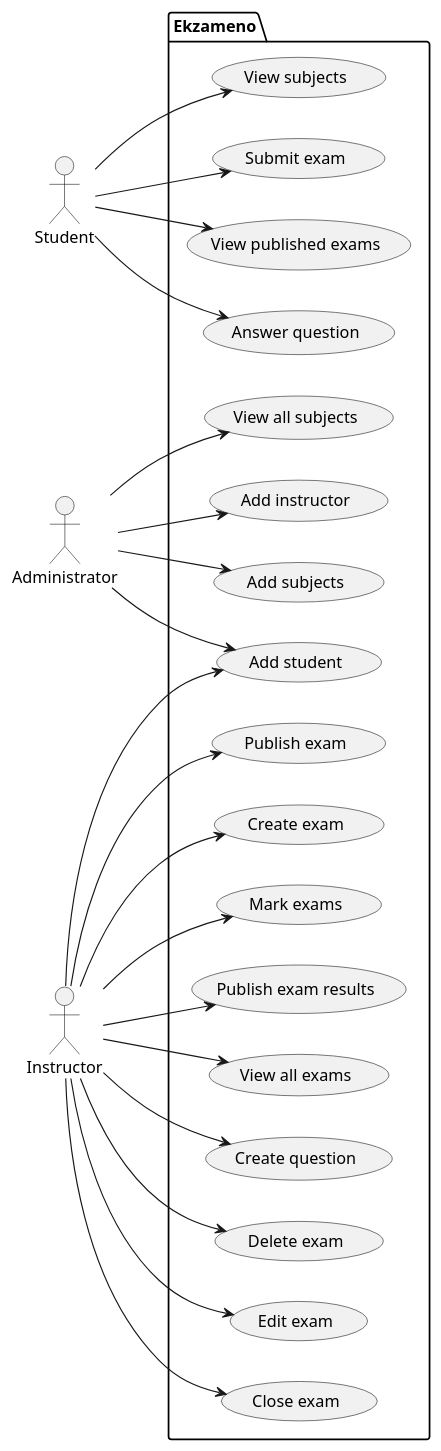
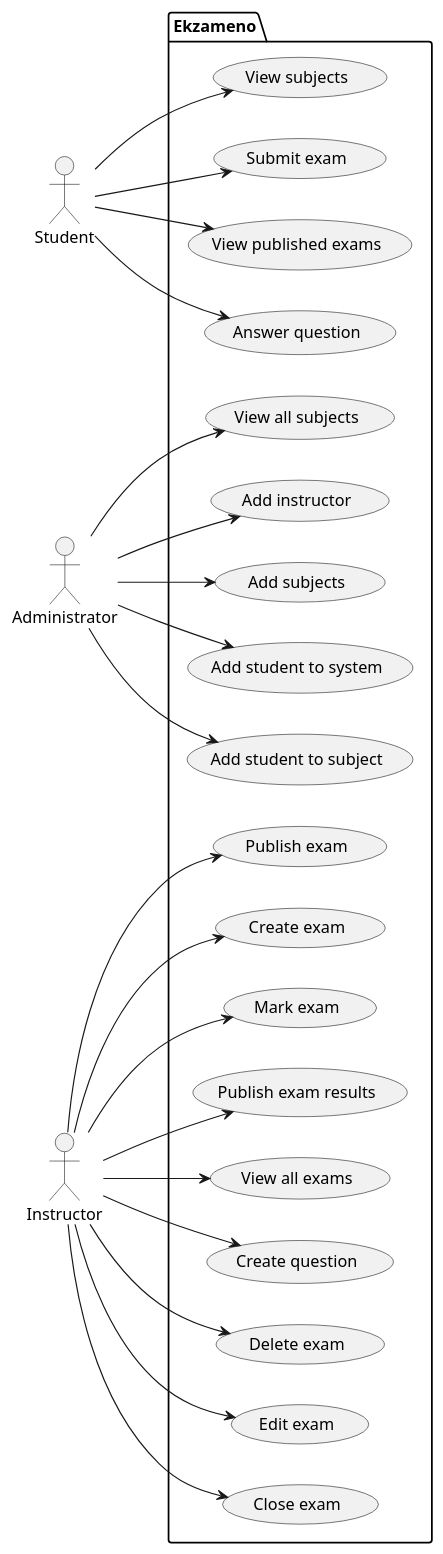
One commit to omjadas/ekzameno changed the diagram in docs/diagrams/useCase.puml. Above: the diagram before and after it, drawn with PlantUML.

Commit message:
docs(use-case): change IDs

```diff
--- a/docs/diagrams/useCase.puml
+++ b/docs/diagrams/useCase.puml
@@ -1,50 +1,53 @@
 @startuml Use Case Diagram
 
 left to right direction
 
 actor Student
 actor Administrator
 actor Instructor
 
 package Ekzameno {
-    usecase "Submit exam" as UC01
-    usecase "Create exam" as UC02
-    usecase "Mark exams" as UC03
-    usecase "Publish exam results" as UC04
-    usecase "Add subjects" as UC05
-    usecase "View all subjects" as UC06
-    usecase "Delete exam" as UC07
-    usecase "Edit exam" as UC08
-    usecase "Close exam" as UC09
-    usecase "View published exams" as UC10
-    usecase "Answer question" as UC11
-    usecase "View subjects" as UC12
-    usecase "Publish exam" as UC13
+    usecase "View subjects" as UC01
+    usecase "Submit exam" as UC02
+    usecase "View published exams" as UC03
+    usecase "Answer question" as UC04
+
+    usecase "View all subjects" as UC05
+    usecase "Add instructor" as UC06
+    usecase "Add subjects" as UC07
+    usecase "Add student to system" as UC08
+    usecase "Add student to subject" as UC09
+
+    usecase "Publish exam" as UC10
+    usecase "Create exam" as UC11
+    usecase "Mark exam" as UC12
+    usecase "Publish exam results" as UC13
     usecase "View all exams" as UC14
     usecase "Create question" as UC15
-    usecase "Add instructor" as UC16
-    usecase "Add student" as UC17
+    usecase "Delete exam" as UC16
+    usecase "Edit exam" as UC17
+    usecase "Close exam" as UC18
 }
 
 Student --> UC01
-Student --> UC10
-Student --> UC11
-Student --> UC12
+Student --> UC02
+Student --> UC03
+Student --> UC04
 
-Instructor --> UC02
-Instructor --> UC03
-Instructor --> UC04
-Instructor --> UC07
-Instructor --> UC08
-Instructor --> UC09
+Administrator --> UC05
+Administrator --> UC06
+Administrator --> UC07
+Administrator --> UC08
+Administrator --> UC09
+
+Instructor --> UC10
+Instructor --> UC11
+Instructor --> UC12
 Instructor --> UC13
 Instructor --> UC14
 Instructor --> UC15
+Instructor --> UC16
 Instructor --> UC17
-
-Administrator --> UC05
-Administrator --> UC06
-Administrator --> UC16
-Administrator --> UC17
+Instructor --> UC18
 
 @enduml
```
